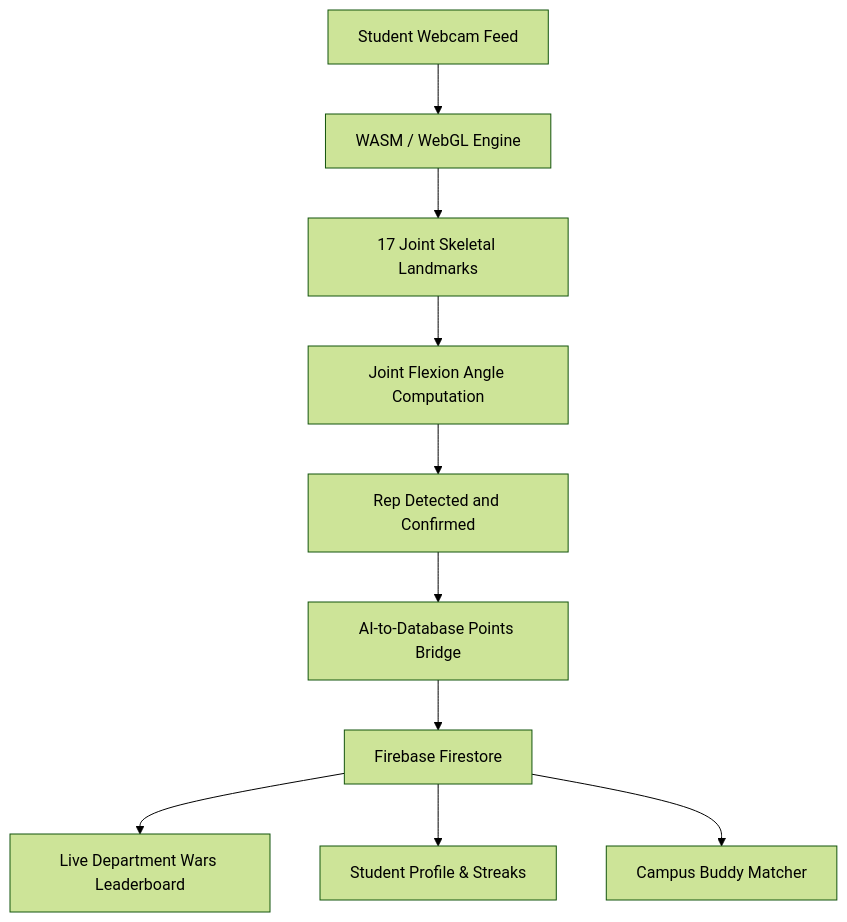
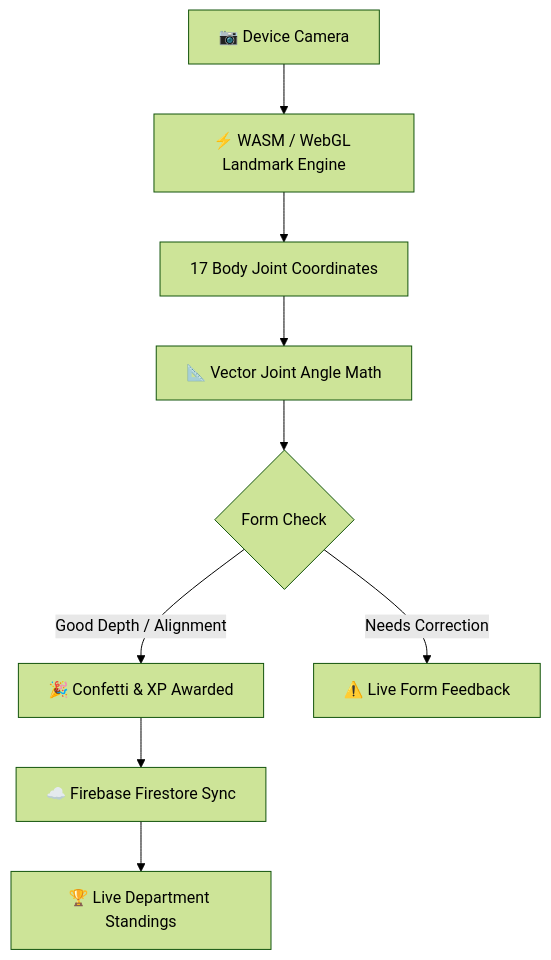
One commit to Sai-1234-kinetic-coder/new-aura-anti changed the diagram in README.md. Above: the diagram before and after it, drawn with Mermaid (forest theme). The commit also changed other lines of this file and 1 other file, not shown here.

Commit message:
docs: humanize README and project profile for SIH 2026 presentation

````diff
--- a/README.md
+++ b/README.md
@@ -24,12 +43,11 @@
 ```mermaid
 flowchart TD
-    A["Student Webcam Feed"] --> B["WASM / WebGL Engine"]
-    B --> C["17 Joint Skeletal Landmarks"]
-    C --> D["Joint Flexion Angle Computation"]
-    D --> E["Rep Detected and Confirmed"]
-    E --> F["AI-to-Database Points Bridge"]
-    F --> G["Firebase Firestore"]
-    G --> H["Live Department Wars Leaderboard"]
-    G --> I["Student Profile & Streaks"]
-    G --> J["Campus Buddy Matcher"]
+    A["📷 Device Camera"] --> B["⚡ WASM / WebGL Landmark Engine"]
+    B --> C["17 Body Joint Coordinates"]
+    C --> D["📐 Vector Joint Angle Math"]
+    D --> E{"Form Check"}
+    E -->|"Good Depth / Alignment"| F["🎉 Confetti & XP Awarded"]
+    E -->|"Needs Correction"| G["⚠️ Live Form Feedback"]
+    F --> H["☁️ Firebase Firestore Sync"]
+    H --> I["🏆 Live Department Standings"]
 ```
````
